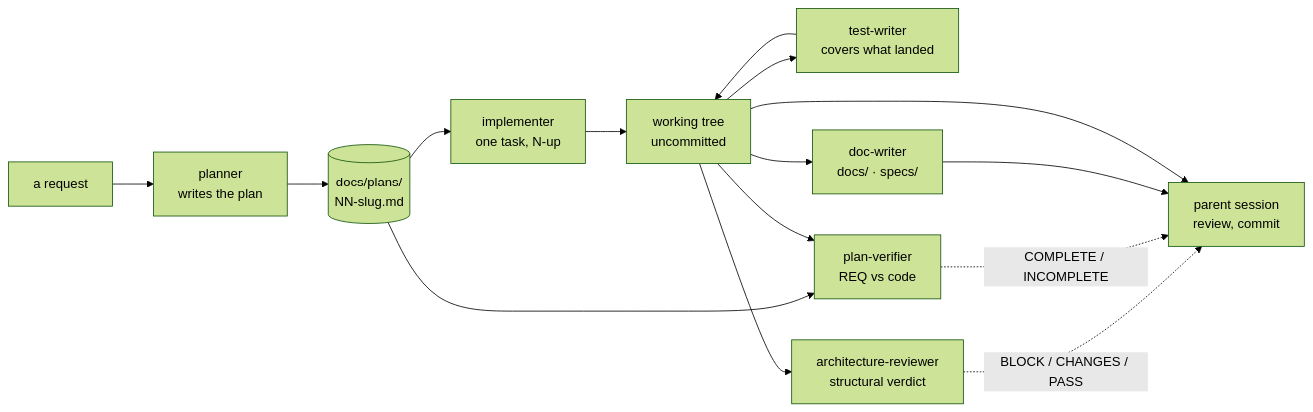
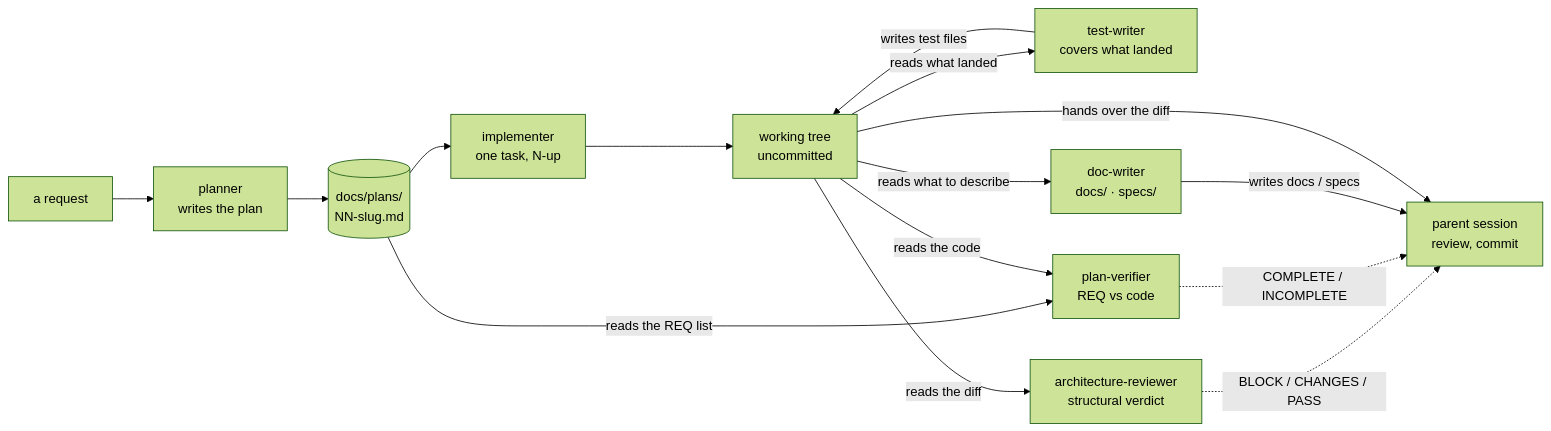
Before and after one commit to burnjohn/dev-digest: the diagram in docs/plans/01-agent-set-expansion.md, drawn with Mermaid (forest theme). The commit also changed other lines of this file and 11 other files, not shown here.

````diff
--- a/docs/plans/01-agent-set-expansion.md
+++ b/docs/plans/01-agent-set-expansion.md
@@ -48,19 +48,19 @@
 ```mermaid
 flowchart LR
   req["a request"] --> planner["planner<br/>writes the plan"]
   planner --> plan[("docs/plans/<br/>NN-slug.md")]
   plan --> impl["implementer<br/>one task, N-up"]
   impl --> tree["working tree<br/>uncommitted"]
 
-  tree --> tw["test-writer<br/>covers what landed"]
-  tree --> ar["architecture-reviewer<br/>structural verdict"]
-  plan --> pv["plan-verifier<br/>REQ vs code"]
-  tree --> pv
-  tree --> dw["doc-writer<br/>docs/ · specs/"]
+  tree -->|"reads what landed"| tw["test-writer<br/>covers what landed"]
+  tree -->|"reads the diff"| ar["architecture-reviewer<br/>structural verdict"]
+  plan -->|"reads the REQ list"| pv["plan-verifier<br/>REQ vs code"]
+  tree -->|"reads the code"| pv
+  tree -->|"reads what to describe"| dw["doc-writer<br/>docs/ · specs/"]
 
-  tw --> tree
+  tw -->|"writes test files"| tree
   ar -.->|"BLOCK / CHANGES / PASS"| parent["parent session<br/>review, commit"]
   pv -.->|"COMPLETE / INCOMPLETE"| parent
-  dw --> parent
-  tree --> parent
+  dw -->|"writes docs / specs"| parent
+  tree -->|"hands over the diff"| parent
 ```
````
